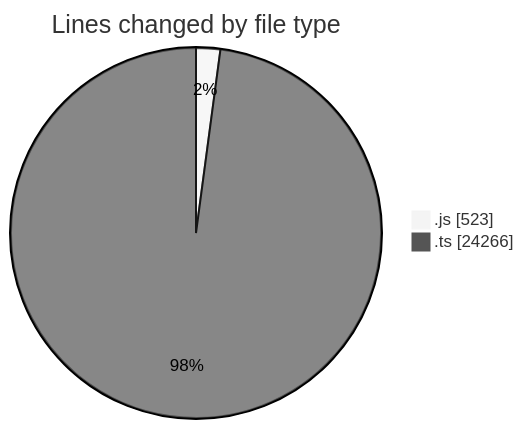
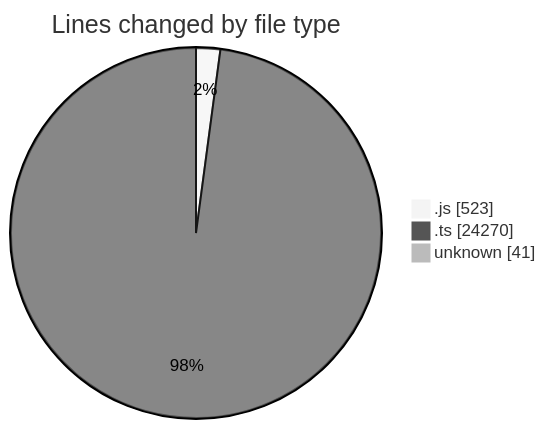
One commit to momahboobian/code-tracking changed the first of 2 diagrams in 2025-08-15/cda/README.md. Above: the diagram before and after it, drawn with Mermaid (neutral theme). The commit also changed other lines of this file and 1 other file, not shown here.

````diff
--- a/2025-08-15/cda/README.md
+++ b/2025-08-15/cda/README.md
@@ -27,6 +28,7 @@
 ```mermaid
 pie showData
 title Lines changed by file type
 ".js" : 523
-".ts" : 24266
+".ts" : 24270
+"unknown" : 41
 ```
````
